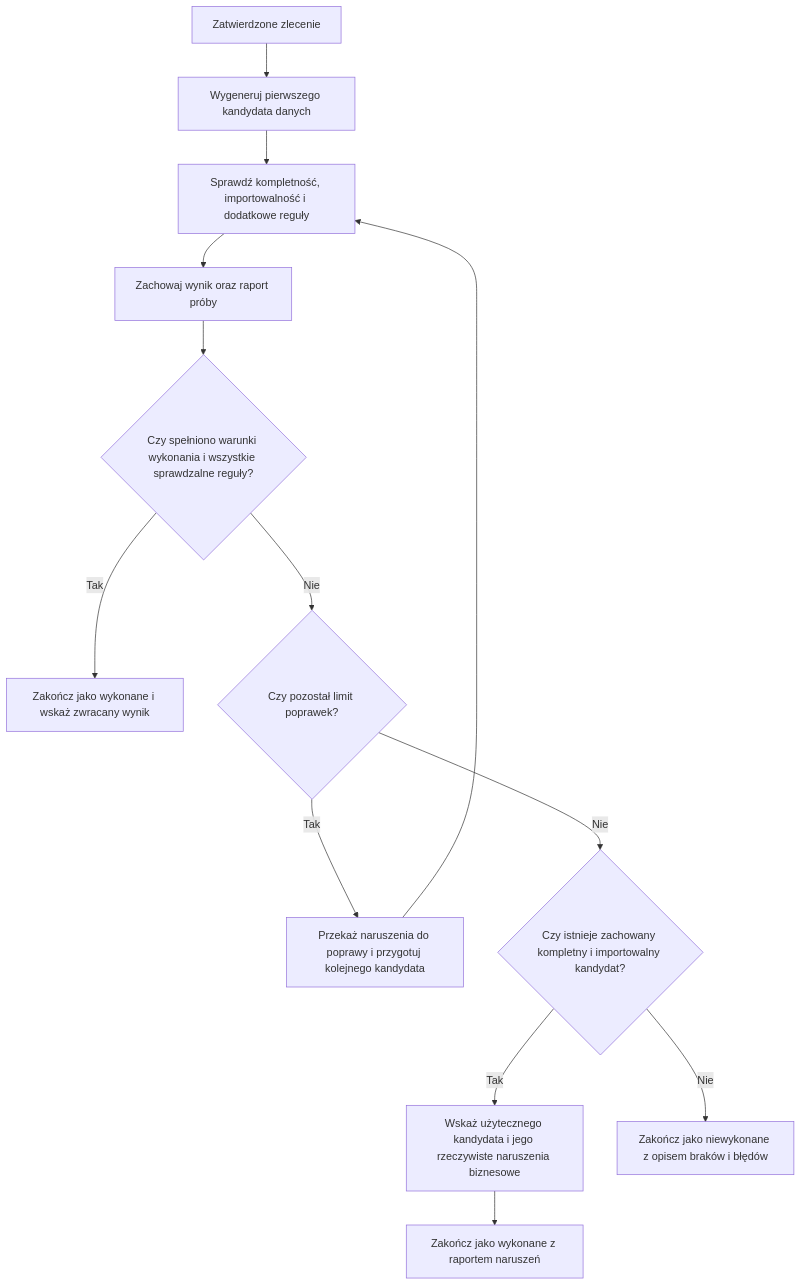
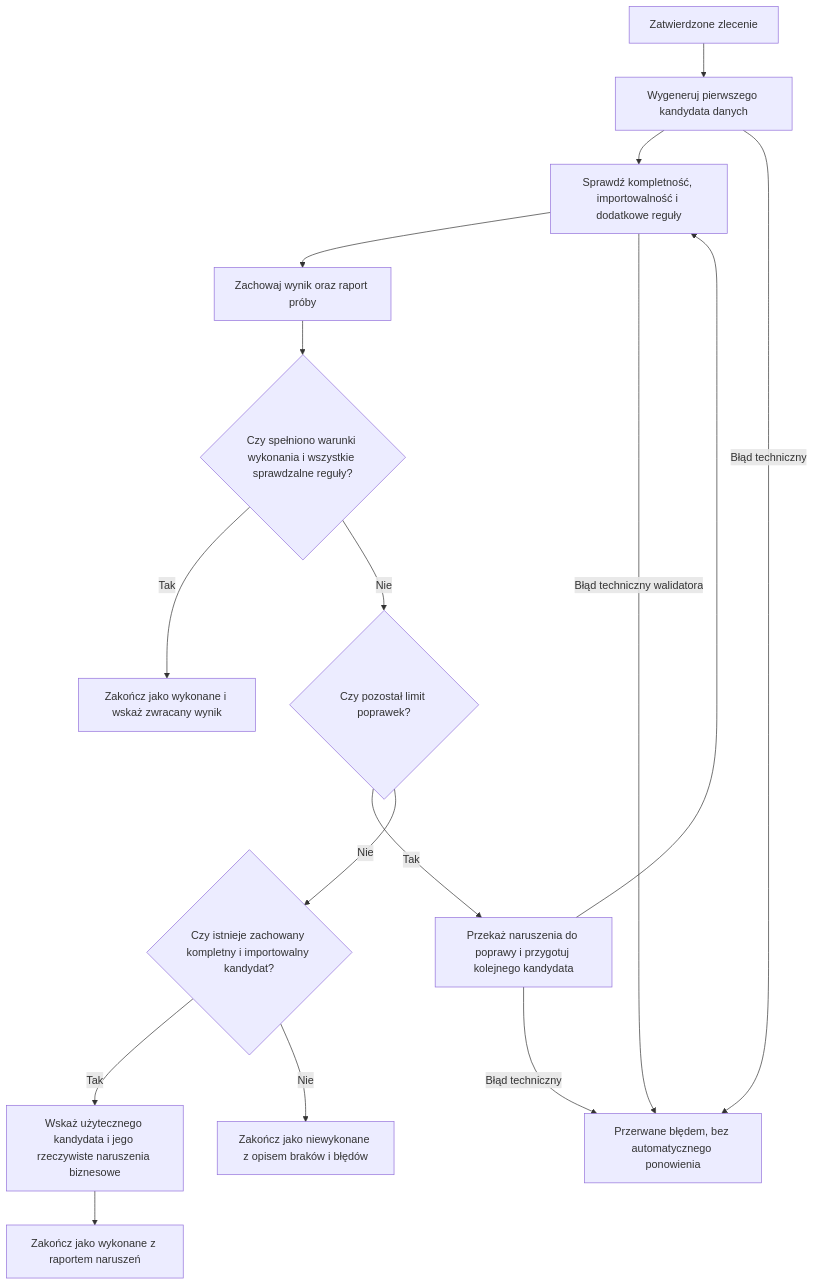
The third of 4 diagrams in docs/przeplywy_funkcjonalne.md (jwieczor03/mgr-llm-data-generator), drawn with Mermaid before and after one commit. The commit also changed other lines of this file and 8 other files, not shown here.

Commit message:
docs: document service architecture and technology decisions

````diff
--- a/docs/przeplywy_funkcjonalne.md
+++ b/docs/przeplywy_funkcjonalne.md
@@ -62,15 +64,18 @@
 ```mermaid
 flowchart TD
     A["Zatwierdzone zlecenie"] --> B["Wygeneruj pierwszego kandydata danych"]
     B --> C["Sprawdź kompletność, importowalność i dodatkowe reguły"]
     C --> D["Zachowaj wynik oraz raport próby"]
     D --> E{"Czy spełniono warunki wykonania i wszystkie sprawdzalne reguły?"}
     E -->|"Tak"| F["Zakończ jako wykonane i wskaż zwracany wynik"]
     E -->|"Nie"| G{"Czy pozostał limit poprawek?"}
     G -->|"Tak"| H["Przekaż naruszenia do poprawy i przygotuj kolejnego kandydata"]
     H --> C
     G -->|"Nie"| I{"Czy istnieje zachowany kompletny i importowalny kandydat?"}
     I -->|"Tak"| J["Wskaż użytecznego kandydata i jego rzeczywiste naruszenia biznesowe"]
     J --> K["Zakończ jako wykonane z raportem naruszeń"]
     I -->|"Nie"| L["Zakończ jako niewykonane z opisem braków i błędów"]
+    B -->|"Błąd techniczny"| M["Przerwane błędem, bez automatycznego ponowienia"]
+    C -->|"Błąd techniczny walidatora"| M
+    H -->|"Błąd techniczny"| M
 ```
````
